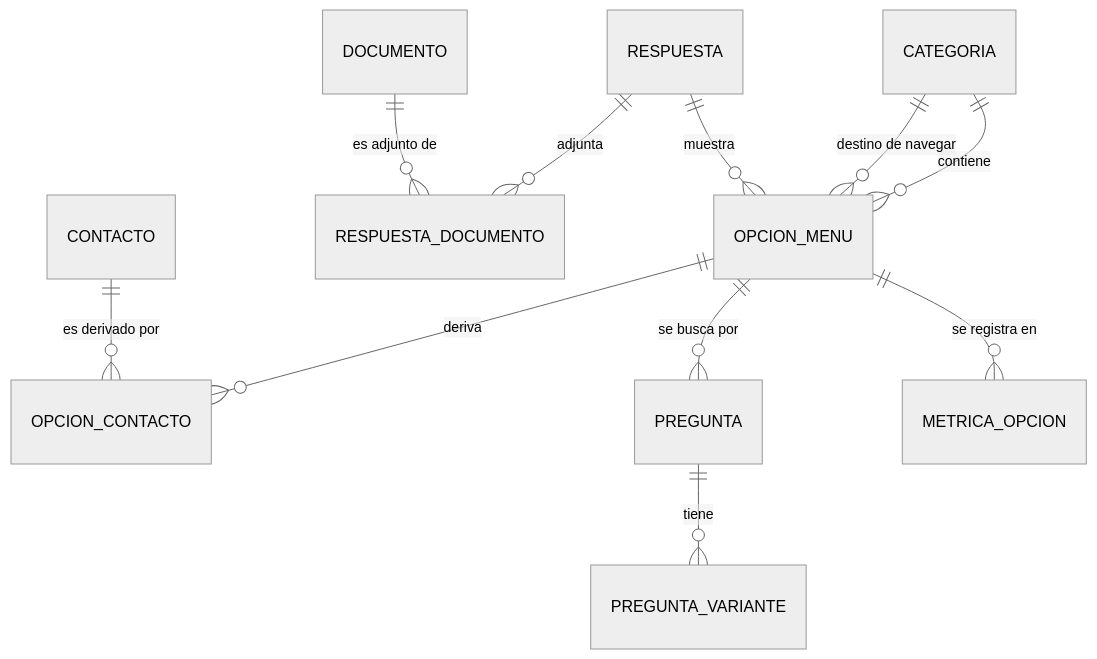
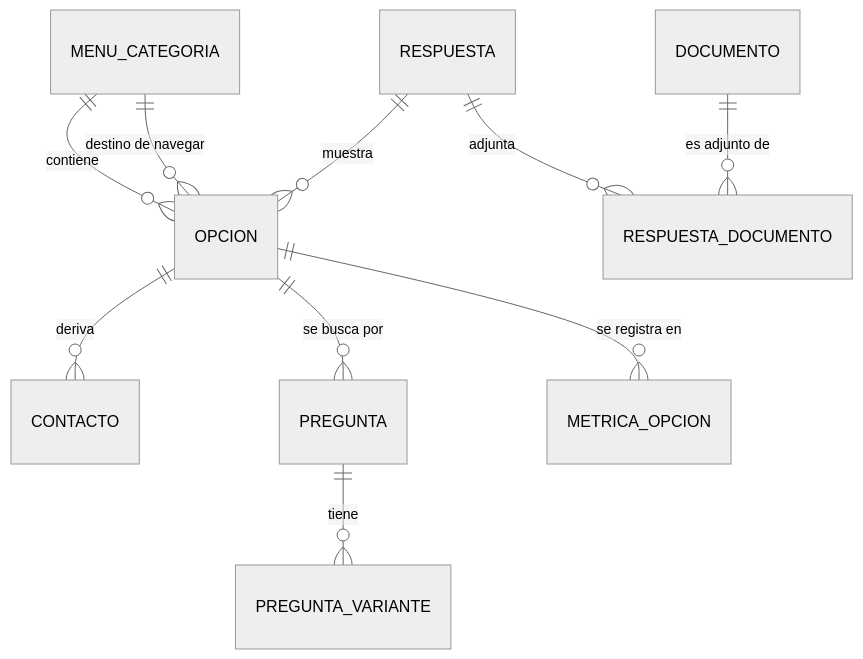
The diagram in docs/desarrollo-e-integracion/04-base-datos.md (syntax-software-studio/chatbot-ifts29), drawn with Mermaid (neutral theme) before and after one commit. The commit also changed other lines of this file and 11 other files, not shown here.

````diff
--- a/docs/desarrollo-e-integracion/04-base-datos.md
+++ b/docs/desarrollo-e-integracion/04-base-datos.md
@@ -69,13 +71,12 @@
 ```mermaid
 erDiagram
-    CATEGORIA ||--o{ OPCION_MENU : contiene
-    CATEGORIA ||--o{ OPCION_MENU : "destino de navegar"
-    RESPUESTA ||--o{ OPCION_MENU : muestra
+    MENU_CATEGORIA ||--o{ OPCION : contiene
+    MENU_CATEGORIA ||--o{ OPCION : "destino de navegar"
+    RESPUESTA ||--o{ OPCION : muestra
     RESPUESTA ||--o{ RESPUESTA_DOCUMENTO : adjunta
     DOCUMENTO ||--o{ RESPUESTA_DOCUMENTO : "es adjunto de"
-    OPCION_MENU ||--o{ OPCION_CONTACTO : deriva
-    CONTACTO ||--o{ OPCION_CONTACTO : "es derivado por"
-    OPCION_MENU ||--o{ PREGUNTA : "se busca por"
+    OPCION ||--o{ CONTACTO : deriva
+    OPCION ||--o{ PREGUNTA : "se busca por"
     PREGUNTA ||--o{ PREGUNTA_VARIANTE : tiene
-    OPCION_MENU ||--o{ METRICA_OPCION : "se registra en"
+    OPCION ||--o{ METRICA_OPCION : "se registra en"
 ```
````
